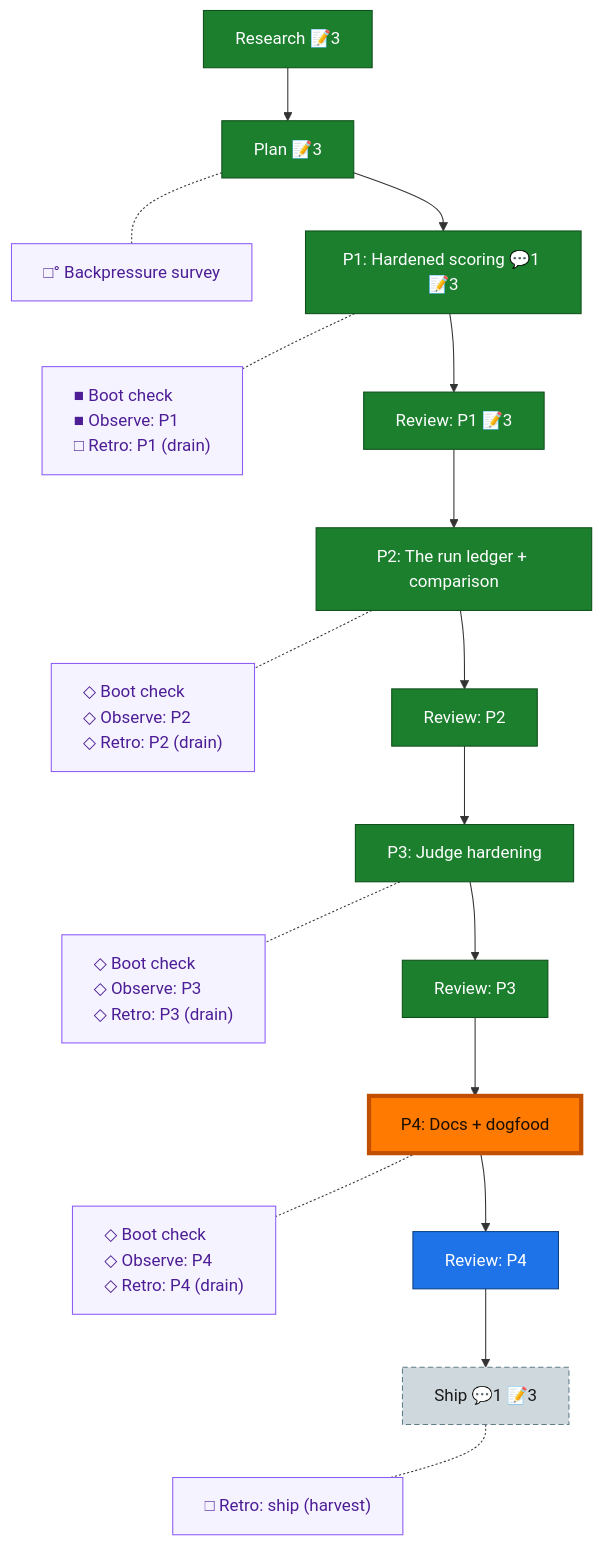
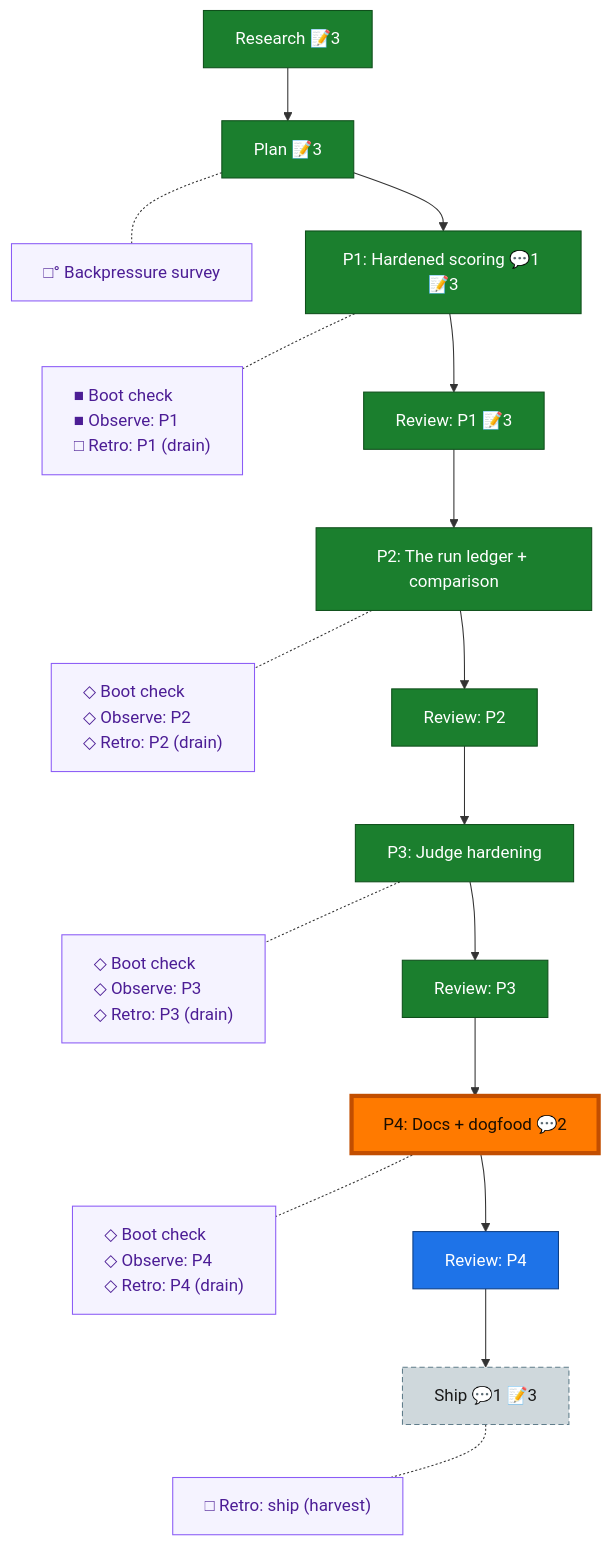
Before and after one commit to AI-Substrate/harness-engineering: the diagram in docs/plans/046-flow-eval-loop/the-flow.md, drawn with Mermaid. The commit also changed other lines of this file and 53 other files, not shown here.

First line of the commit message:
docs: close out flow states + land prior-session artifacts (034-052)

````diff
--- a/docs/plans/046-flow-eval-loop/the-flow.md
+++ b/docs/plans/046-flow-eval-loop/the-flow.md
@@ -8,41 +8,41 @@
 ```mermaid
 flowchart TD
     research["Research 📝3"]:::done
     plan["Plan 📝3"]:::done
     phase_1["P1: Hardened scoring 💬1 📝3"]:::done
     review_1["Review: P1 📝3"]:::done
     phase_2["P2: The run ledger + comparison"]:::done
     review_2["Review: P2"]:::done
     phase_3["P3: Judge hardening"]:::done
     review_3["Review: P3"]:::done
-    phase_4["P4: Docs + dogfood"]:::known
+    phase_4["P4: Docs + dogfood 💬2"]:::known
     review_4["Review: P4"]:::known
     ship["Ship 💬1 📝3"]:::assumed
 
     research --> plan --> phase_1 --> review_1 --> phase_2 --> review_2 --> phase_3 --> review_3 --> phase_4 --> review_4 --> ship
 
     planC["□° Backpressure survey"]:::chore
     phase_1C["■ Boot check<br/>■ Observe: P1<br/>□ Retro: P1 (drain)"]:::chore
     phase_2C["◇ Boot check<br/>◇ Observe: P2<br/>◇ Retro: P2 (drain)"]:::chore
     phase_3C["◇ Boot check<br/>◇ Observe: P3<br/>◇ Retro: P3 (drain)"]:::chore
     phase_4C["◇ Boot check<br/>◇ Observe: P4<br/>◇ Retro: P4 (drain)"]:::chore
     shipC["□ Retro: ship (harvest)"]:::chore
 
     %% invisible chain holds the gutter boxes in their own column
     planC ~~~ phase_1C ~~~ phase_2C ~~~ phase_3C ~~~ phase_4C ~~~ shipC
 
     %% dotted links pull each gutter box beside its node
     plan -.- planC
     phase_1 -.- phase_1C
     phase_2 -.- phase_2C
     phase_3 -.- phase_3C
     phase_4 -.- phase_4C
     ship -.- shipC
 
     classDef done fill:#1B7F2E,stroke:#0F4F1B,color:#fff;
     classDef known fill:#1E73E8,stroke:#0D3F86,color:#fff;
     classDef assumed fill:#CFD8DC,stroke:#607D8B,color:#1a1a1a,stroke-dasharray:5 3;
     classDef chore fill:#f5f3ff,stroke:#8b5cf6,color:#4c1d95,text-align:left;
     classDef current fill:#FF7A00,stroke:#C24E00,color:#1a0e00,stroke-width:4px;
     class phase_4 current;
 ```
````
